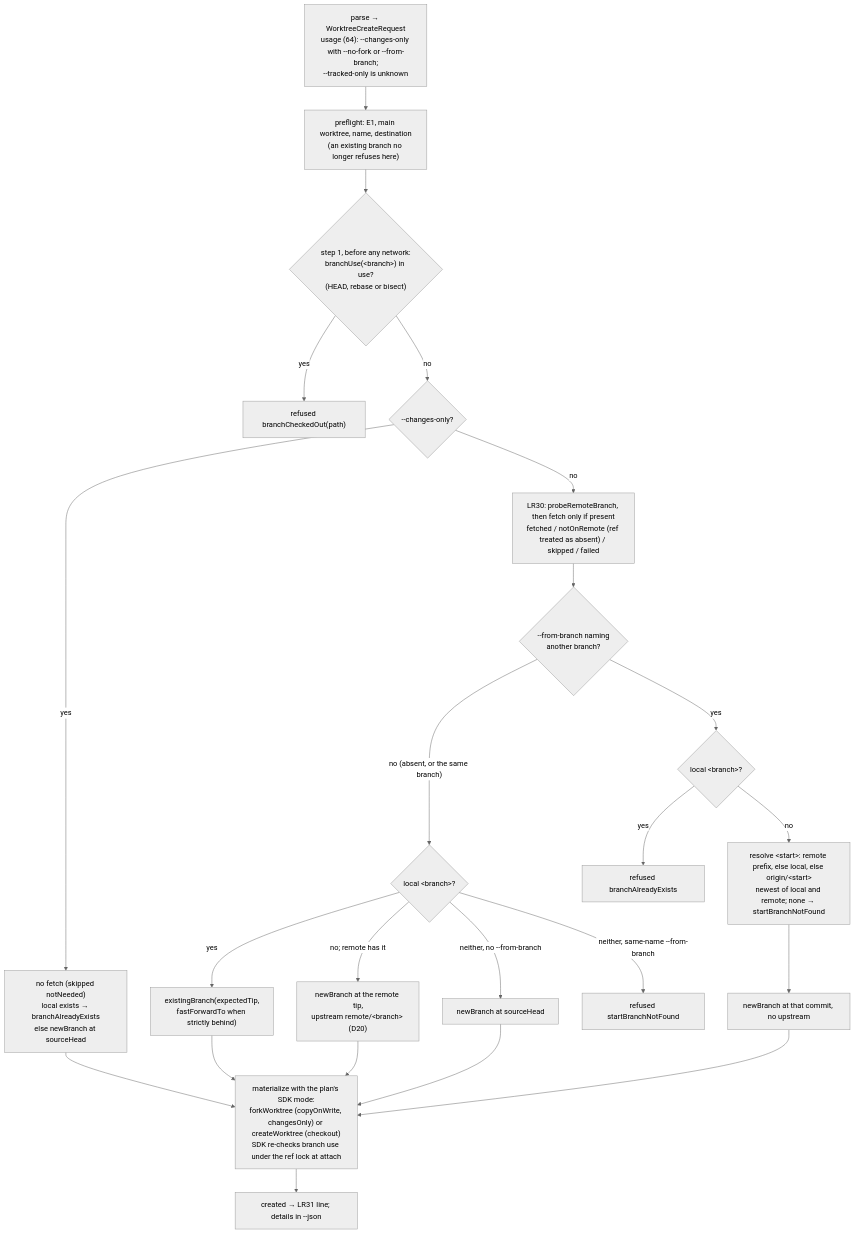
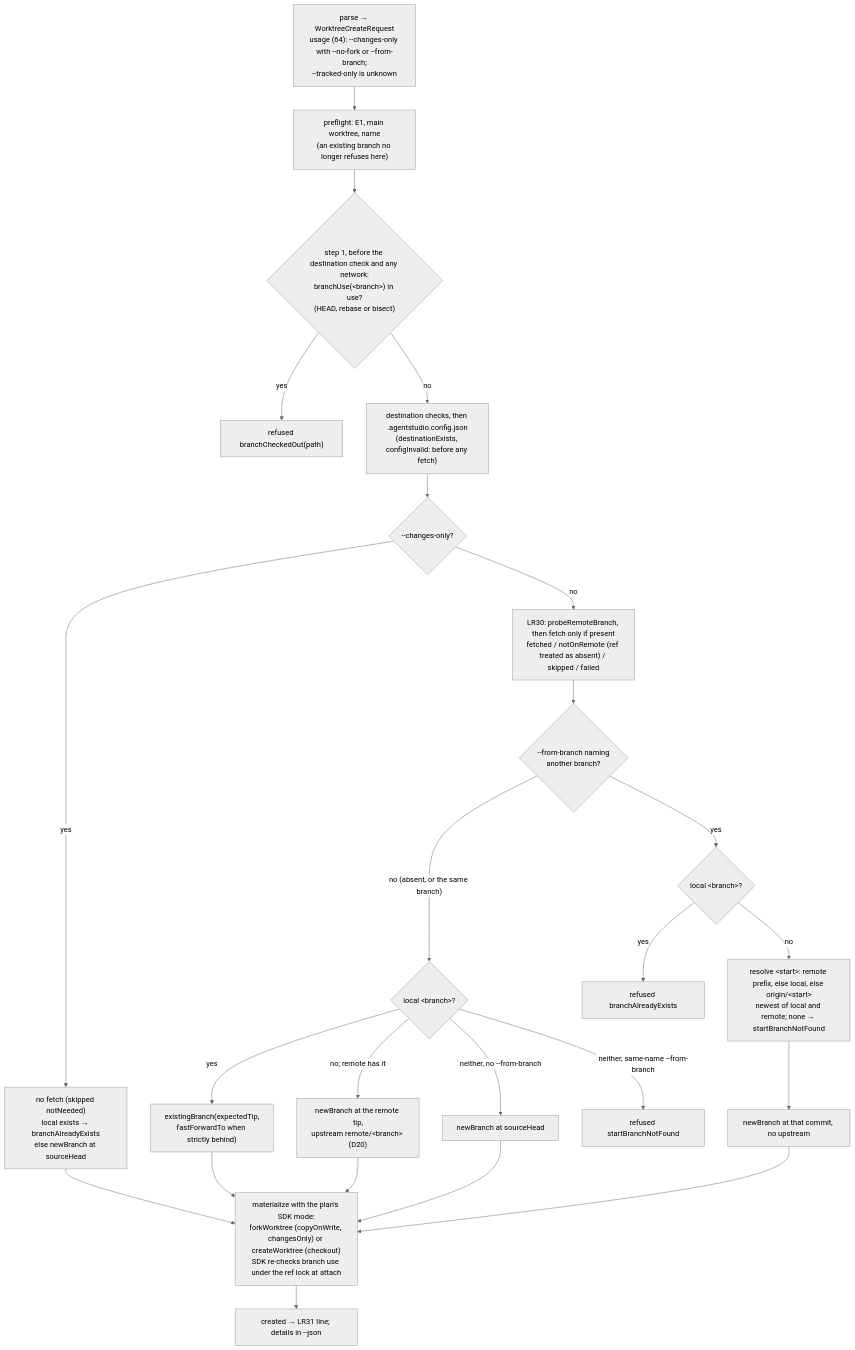
The ninth of 10 diagrams in docs/specs/2026-09-30-worktree-lifecycle/2026-09-30-worktree-lifecycle-program-design.md (getagentstudio/agentstudio), drawn with Mermaid (neutral theme) before and after one commit. The commit also changed other lines of this file, not shown here.

Commit message:
Design: branch use before the destination check (program design half)

````diff
--- a/docs/specs/2026-09-30-worktree-lifecycle/2026-09-30-worktree-lifecycle-program-design.md
+++ b/docs/specs/2026-09-30-worktree-lifecycle/2026-09-30-worktree-lifecycle-program-design.md
@@ -733,21 +733,21 @@
 ```mermaid
 flowchart TB
-  A["parse → WorktreeCreateRequest<br/>usage (64): --changes-only with --no-fork or --from-branch;<br/>--tracked-only is unknown"] --> B["preflight: E1, main worktree, name, destination<br/>(an existing branch no longer refuses here)"]
-  B --> K{"step 1, before any network:<br/>branchUse(&lt;branch&gt;) in use?<br/>(HEAD, rebase or bisect)"}
+  A["parse → WorktreeCreateRequest<br/>usage (64): --changes-only with --no-fork or --from-branch;<br/>--tracked-only is unknown"] --> B["preflight: E1, main worktree, name<br/>(an existing branch no longer refuses here)"]
+  B --> K{"step 1, before the destination check and any network:<br/>branchUse(&lt;branch&gt;) in use?<br/>(HEAD, rebase or bisect)"}
   K -->|yes| R1["refused branchCheckedOut(path)"]
-  K -->|no| C{"--changes-only?"}
+  K -->|no| DST["destination checks, then .agentstudio.config.json<br/>(destinationExists, configInvalid: before any fetch)"] --> C{"--changes-only?"}
   C -->|yes| CO["no fetch (skipped notNeeded)<br/>local exists → branchAlreadyExists<br/>else newBranch at sourceHead"]
   C -->|no| F["LR30: probeRemoteBranch, then fetch only if present<br/>fetched / notOnRemote (ref treated as absent) / skipped / failed"]
   F --> S{"--from-branch naming<br/>another branch?"}
   S -->|"no (absent, or the same branch)"| L{"local &lt;branch&gt;?"}
   L -->|yes| X["existingBranch(expectedTip,<br/>fastForwardTo when strictly behind)"]
   L -->|"no; remote has it"| Y["newBranch at the remote tip,<br/>upstream remote/&lt;branch&gt; (D20)"]
   L -->|"neither, no --from-branch"| Z["newBranch at sourceHead"]
   L -->|"neither, same-name --from-branch"| R3["refused startBranchNotFound"]
   S -->|yes| E{"local &lt;branch&gt;?"}
   E -->|yes| R2["refused branchAlreadyExists"]
   E -->|no| T2["resolve &lt;start&gt;: remote prefix, else local, else origin/&lt;start&gt;<br/>newest of local and remote; none → startBranchNotFound"]
   T2 --> N["newBranch at that commit, no upstream"]
   X & Y & Z & N & CO --> M["materialize with the plan's SDK mode:<br/>forkWorktree (copyOnWrite, changesOnly) or createWorktree (checkout)<br/>SDK re-checks branch use under the ref lock at attach"]
   M --> O["created → LR31 line; details in --json"]
 ```
````
